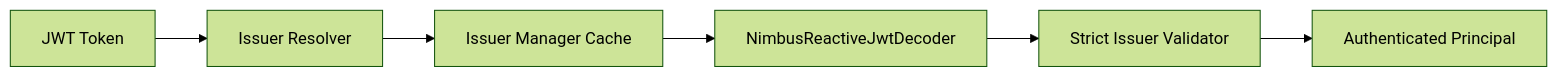
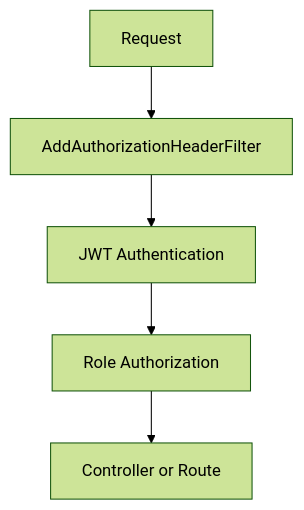
Before and after one commit to flamingo-stack/openframe-oss-lib: the third of 6 diagrams in docs/reference/architecture/gateway-service-core/gateway-service-core.md, drawn with Mermaid (forest theme). The commit also changed other lines of this file and 212 other files, not shown here.

````diff
--- a/docs/reference/architecture/gateway-service-core/gateway-service-core.md
+++ b/docs/reference/architecture/gateway-service-core/gateway-service-core.md
@@ -80,8 +117,7 @@
 ```mermaid
-flowchart LR
-    Token["JWT Token"] --> Resolver["Issuer Resolver"]
-    Resolver --> Cache["Issuer Manager Cache"]
-    Cache --> Decoder["NimbusReactiveJwtDecoder"]
-    Decoder --> Validator["Strict Issuer Validator"]
-    Validator --> Authenticated["Authenticated Principal"]
+flowchart TD
+    Request["Request"] --> AddAuth["AddAuthorizationHeaderFilter"]
+    AddAuth --> JwtAuth["JWT Authentication"]
+    JwtAuth --> RoleCheck["Role Authorization"]
+    RoleCheck --> Controller["Controller or Route"]
 ```
````
